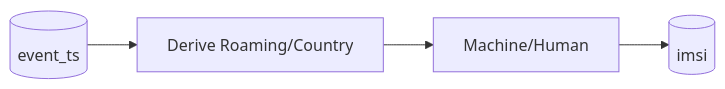
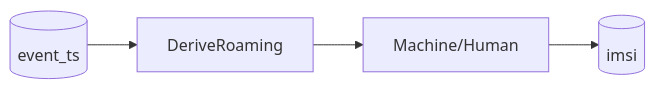
Before and after one commit to djvanderlaan/pipeline: the fourth of 14 diagrams in README.md, drawn with Mermaid. The commit also changed other lines of this file, not shown here.

````diff
--- a/README.md
+++ b/README.md
@@ -43,7 +43,7 @@
 ```mermaid
 flowchart LR
-  event_ts[(event_ts)] --> roam["Derive Roaming/Country"] --> mach["Machine/Human"] --> 
+  event_ts[(event_ts)] --> roam["DeriveRoaming"] --> mach["Machine/Human"] --> 
     imsi[(imsi)]
 
 classDef data stroke-width:0px
 ```
````
